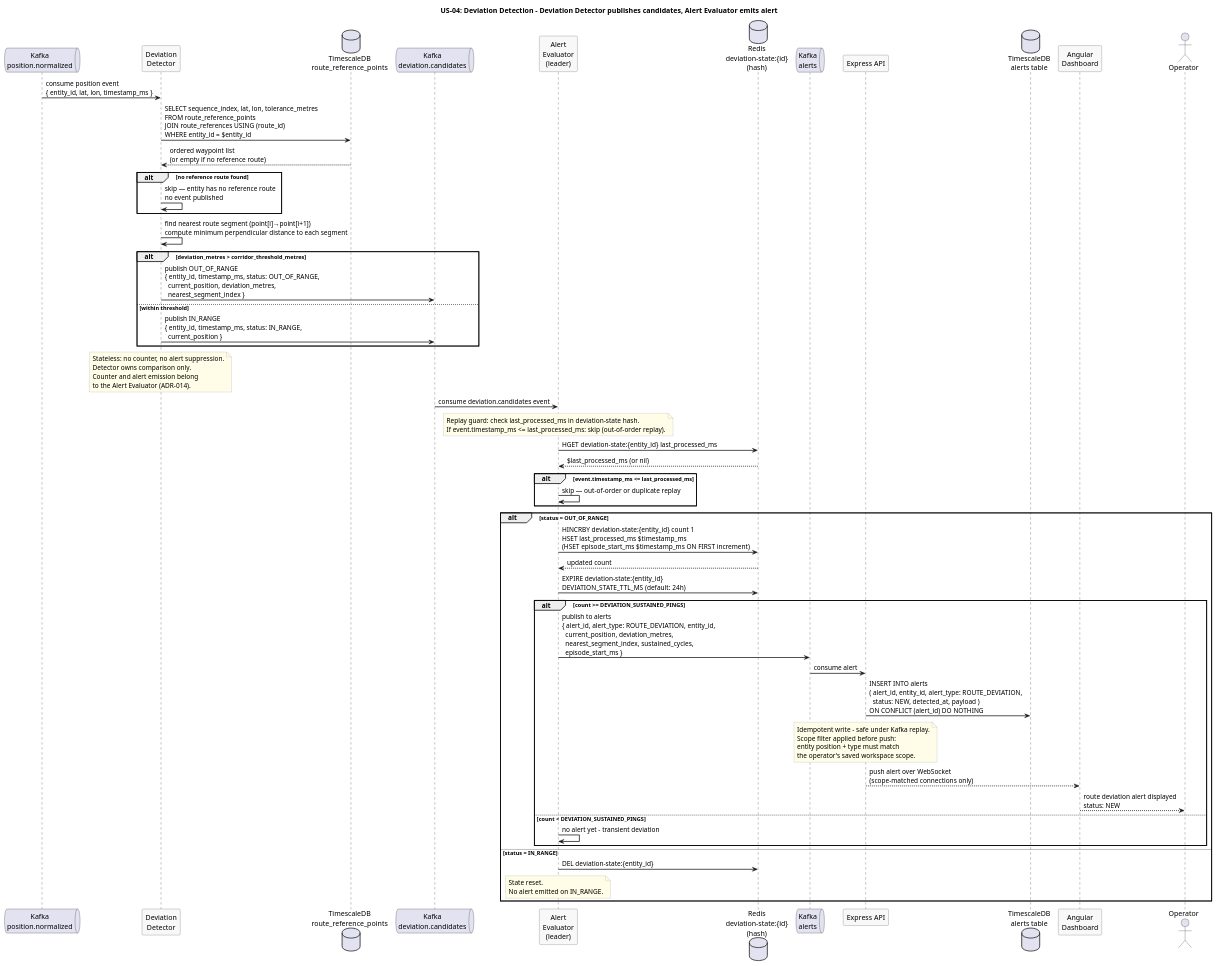
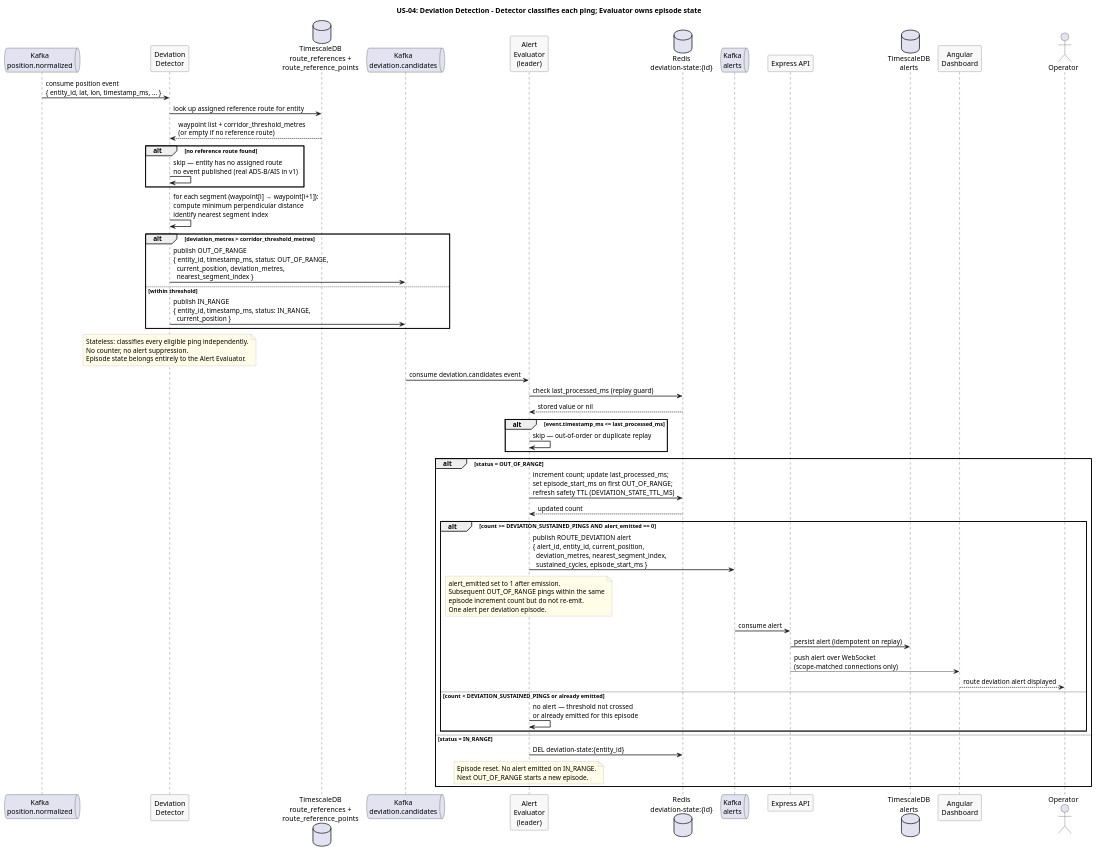
The diagram in docs/use-cases/US-04-route-deviation-alert/deviation-detection.puml (Buffden/sentinel), drawn with PlantUML before and after one commit. The commit also changed 22 other files, not shown here.

```diff
--- a/docs/use-cases/US-04-route-deviation-alert/deviation-detection.puml
+++ b/docs/use-cases/US-04-route-deviation-alert/deviation-detection.puml
@@ -1,90 +1,84 @@
 @startuml deviation-detection
-title US-04: Deviation Detection - Deviation Detector publishes candidates, Alert Evaluator emits alert
+title US-04: Deviation Detection - Detector classifies each ping; Evaluator owns episode state
 
 skinparam sequenceArrowThickness 1.5
 skinparam participantBorderColor #555555
 skinparam participantBackgroundColor #F8F8F8
 skinparam noteBorderColor #AAAAAA
 skinparam noteBackgroundColor #FFFDE7
 
 queue "Kafka\nposition.normalized" as NormKafka
 participant "Deviation\nDetector" as Detector
-database "TimescaleDB\nroute_reference_points" as RoutePoints
+database "TimescaleDB\nroute_references +\nroute_reference_points" as RoutePoints
 queue "Kafka\ndeviation.candidates" as DevCandKafka
 participant "Alert\nEvaluator\n(leader)" as Evaluator
-database "Redis\ndeviation-state:{id}\n(hash)" as DevState
+database "Redis\ndeviation-state:{id}" as DevState
 queue "Kafka\nalerts" as Alerts
 participant "Express API" as API
-database "TimescaleDB\nalerts table" as TSDB
+database "TimescaleDB\nalerts" as TSDB
 participant "Angular\nDashboard" as Dashboard
 actor Operator
 
-NormKafka -> Detector : consume position event\n{ entity_id, lat, lon, timestamp_ms }
+NormKafka -> Detector : consume position event\n{ entity_id, lat, lon, timestamp_ms, ... }
 
-Detector -> RoutePoints : SELECT sequence_index, lat, lon, tolerance_metres\nFROM route_reference_points\nJOIN route_references USING (route_id)\nWHERE entity_id = $entity_id
-RoutePoints --> Detector : ordered waypoint list\n(or empty if no reference route)
+Detector -> RoutePoints : look up assigned reference route for entity
+RoutePoints --> Detector : waypoint list + corridor_threshold_metres\n(or empty if no reference route)
 
 alt no reference route found
-  Detector -> Detector : skip — entity has no reference route\nno event published
+  Detector -> Detector : skip — entity has no assigned route\nno event published (real ADS-B/AIS in v1)
 end
 
-Detector -> Detector : find nearest route segment (point[i]→point[i+1])\ncompute minimum perpendicular distance to each segment
+Detector -> Detector : for each segment (waypoint[i] → waypoint[i+1]):\ncompute minimum perpendicular distance\nidentify nearest segment index
 
 alt deviation_metres > corridor_threshold_metres
   Detector -> DevCandKafka : publish OUT_OF_RANGE\n{ entity_id, timestamp_ms, status: OUT_OF_RANGE,\n  current_position, deviation_metres,\n  nearest_segment_index }
 else within threshold
   Detector -> DevCandKafka : publish IN_RANGE\n{ entity_id, timestamp_ms, status: IN_RANGE,\n  current_position }
 end
 
 note over Detector
-  Stateless: no counter, no alert suppression.
-  Detector owns comparison only.
-  Counter and alert emission belong
-  to the Alert Evaluator (ADR-014).
+  Stateless: classifies every eligible ping independently.
+  No counter, no alert suppression.
+  Episode state belongs entirely to the Alert Evaluator.
 end note
 
 DevCandKafka -> Evaluator : consume deviation.candidates event
 
-note over Evaluator
-  Replay guard: check last_processed_ms in deviation-state hash.
-  If event.timestamp_ms <= last_processed_ms: skip (out-of-order replay).
-end note
-
-Evaluator -> DevState : HGET deviation-state:{entity_id} last_processed_ms
-DevState --> Evaluator : $last_processed_ms (or nil)
+Evaluator -> DevState : check last_processed_ms (replay guard)
+DevState --> Evaluator : stored value or nil
 
 alt event.timestamp_ms <= last_processed_ms
   Evaluator -> Evaluator : skip — out-of-order or duplicate replay
 end
 
 alt status = OUT_OF_RANGE
-  Evaluator -> DevState : HINCRBY deviation-state:{entity_id} count 1\nHSET last_processed_ms $timestamp_ms\n(HSET episode_start_ms $timestamp_ms ON FIRST increment)
+  Evaluator -> DevState : increment count; update last_processed_ms;\nset episode_start_ms on first OUT_OF_RANGE;\nrefresh safety TTL (DEVIATION_STATE_TTL_MS)
   DevState --> Evaluator : updated count
 
-  Evaluator -> DevState : EXPIRE deviation-state:{entity_id}\nDEVIATION_STATE_TTL_MS (default: 24h)
+  alt count >= DEVIATION_SUSTAINED_PINGS AND alert_emitted == 0
+    Evaluator -> Alerts : publish ROUTE_DEVIATION alert\n{ alert_id, entity_id, current_position,\n  deviation_metres, nearest_segment_index,\n  sustained_cycles, episode_start_ms }
 
-  alt count >= DEVIATION_SUSTAINED_PINGS
-    Evaluator -> Alerts : publish to alerts\n{ alert_id, alert_type: ROUTE_DEVIATION, entity_id,\n  current_position, deviation_metres,\n  nearest_segment_index, sustained_cycles,\n  episode_start_ms }
+    note over Evaluator
+      alert_emitted set to 1 after emission.
+      Subsequent OUT_OF_RANGE pings within the same
+      episode increment count but do not re-emit.
+      One alert per deviation episode.
+    end note
+
     Alerts -> API : consume alert
-    API -> TSDB : INSERT INTO alerts\n( alert_id, entity_id, alert_type: ROUTE_DEVIATION,\n  status: NEW, detected_at, payload )\nON CONFLICT (alert_id) DO NOTHING
-    note over API
-      Idempotent write - safe under Kafka replay.
-      Scope filter applied before push:
-      entity position + type must match
-      the operator's saved workspace scope.
-    end note
+    API -> TSDB : persist alert (idempotent on replay)
     API --> Dashboard : push alert over WebSocket\n(scope-matched connections only)
-    Dashboard --> Operator : route deviation alert displayed\nstatus: NEW
-  else count < DEVIATION_SUSTAINED_PINGS
-    Evaluator -> Evaluator : no alert yet - transient deviation
+    Dashboard --> Operator : route deviation alert displayed
+  else count < DEVIATION_SUSTAINED_PINGS or already emitted
+    Evaluator -> Evaluator : no alert — threshold not crossed\nor already emitted for this episode
   end
 
 else status = IN_RANGE
   Evaluator -> DevState : DEL deviation-state:{entity_id}
   note over Evaluator
-    State reset.
-    No alert emitted on IN_RANGE.
+    Episode reset. No alert emitted on IN_RANGE.
+    Next OUT_OF_RANGE starts a new episode.
   end note
 end
 
 @enduml
```
